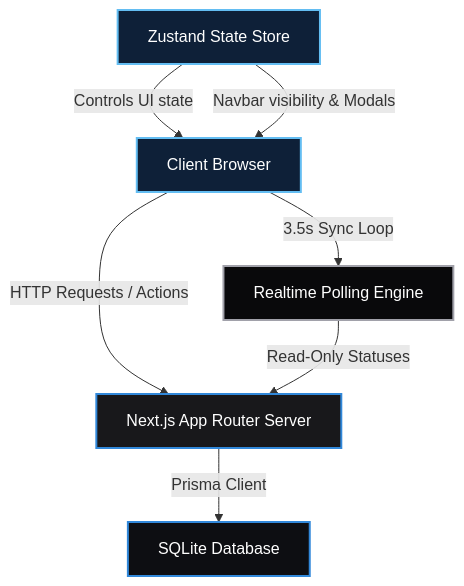
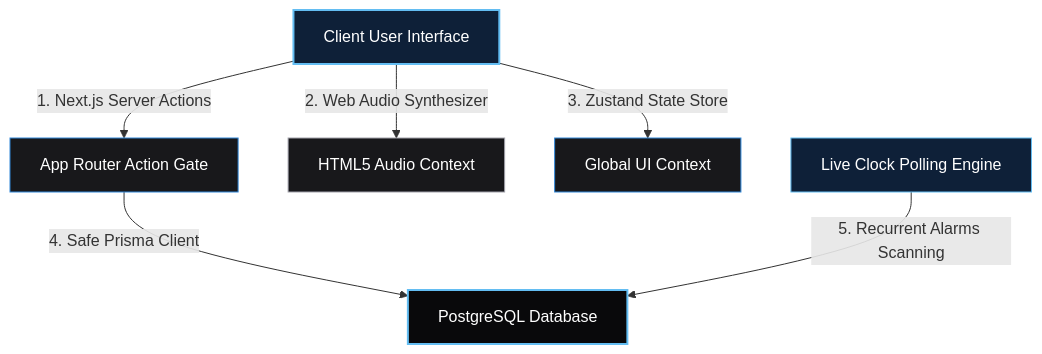
One commit to InfofriyendsTechnology/Infofriyends-Brain changed the first of 2 diagrams in README.md. Above: the diagram before and after it, drawn with Mermaid. The commit also changed other lines of this file and 15 other files, not shown here.

````diff
--- a/README.md
+++ b/README.md
@@ -14,14 +38,15 @@
 ```mermaid
 graph TD
-    A[Client Browser] -->|HTTP Requests / Actions| B[Next.js App Router Server]
-    A -->|3.5s Sync Loop| C[Realtime Polling Engine]
-    C -->|Read-Only Statuses| B
-    B -->|Prisma Client| D[SQLite Database]
-    E[Zustand State Store] -->|Controls UI state| A
-    E -->|Navbar visibility & Modals| A
+    A[Client User Interface] -->|1. Next.js Server Actions| B[App Router Action Gate]
+    A -->|2. Web Audio Synthesizer| C[HTML5 Audio Context]
+    A -->|3. Zustand State Store| D[Global UI Context]
+    B -->|4. Safe Prisma Client| E[PostgreSQL Database]
+    F[Live Clock Polling Engine] -->|5. Recurrent Alarms Scanning| E
+    
     style A fill:#0e2038,stroke:#63BDF2,stroke-width:2px,color:#fff
-    style B fill:#18181b,stroke:#3188DA,stroke-width:2px,color:#fff
-    style C fill:#09090b,stroke:#a1a1aa,stroke-width:2px,color:#fff
-    style D fill:#0d0e12,stroke:#3188DA,stroke-width:2px,color:#fff
-    style E fill:#0e2038,stroke:#63BDF2,stroke-width:2px,color:#fff
+    style B fill:#18181b,stroke:#3188DA,stroke-width:1px,color:#fff
+    style C fill:#18181b,stroke:#a1a1aa,stroke-width:1px,color:#fff
+    style D fill:#18181b,stroke:#3188DA,stroke-width:1px,color:#fff
+    style E fill:#09090b,stroke:#63BDF2,stroke-width:2px,color:#fff
+    style F fill:#0e2038,stroke:#63BDF2,stroke-width:1px,color:#fff
 ```
````
